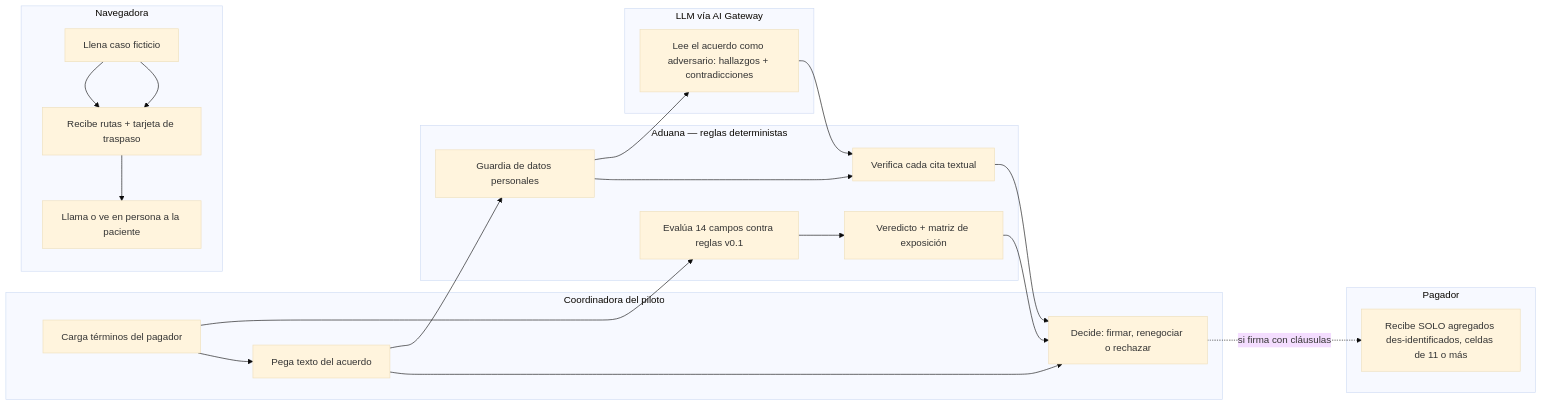
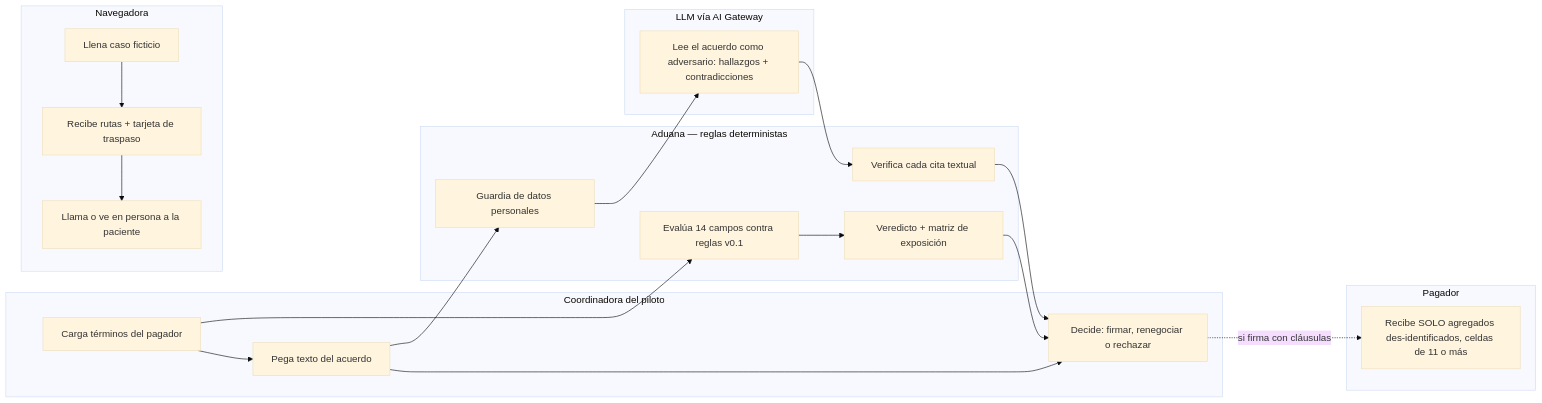
Before and after one commit to andresbuildshub/w05-aduana: the second of 2 diagrams in docs/PACKET.md, drawn with Mermaid (base theme). The commit also changed 2 other files, not shown here.

Commit message:
docs: fix swimlane duplicate edges and mockup table labels

````diff
--- a/docs/PACKET.md
+++ b/docs/PACKET.md
@@ -68,24 +68,24 @@
 ```mermaid
 flowchart LR
   subgraph COORD[Coordinadora del piloto]
     c1[Carga términos del pagador] --> c2[Pega texto del acuerdo] --> c3[Decide: firmar, renegociar o rechazar]
   end
   subgraph ADUANA[Aduana — reglas deterministas]
     a1[Evalúa 14 campos contra reglas v0.1] --> a2[Veredicto + matriz de exposición]
-    a3[Guardia de datos personales] --> a4[Verifica cada cita textual]
+    a3[Guardia de datos personales]
+    a4[Verifica cada cita textual]
   end
   subgraph IA[LLM vía AI Gateway]
     i1[Lee el acuerdo como adversario: hallazgos + contradicciones]
   end
   subgraph NAV[Navegadora]
     n1[Llena caso ficticio] --> n2[Recibe rutas + tarjeta de traspaso] --> n3[Llama o ve en persona a la paciente]
   end
   subgraph PAG[Pagador]
     p1[Recibe SOLO agregados des-identificados, celdas de 11 o más]
   end
   c1 --> a1
   c2 --> a3 --> i1 --> a4 --> c3
   a2 --> c3
   c3 -. si firma con cláusulas .-> p1
-  n1 --> n2
 ```
````
